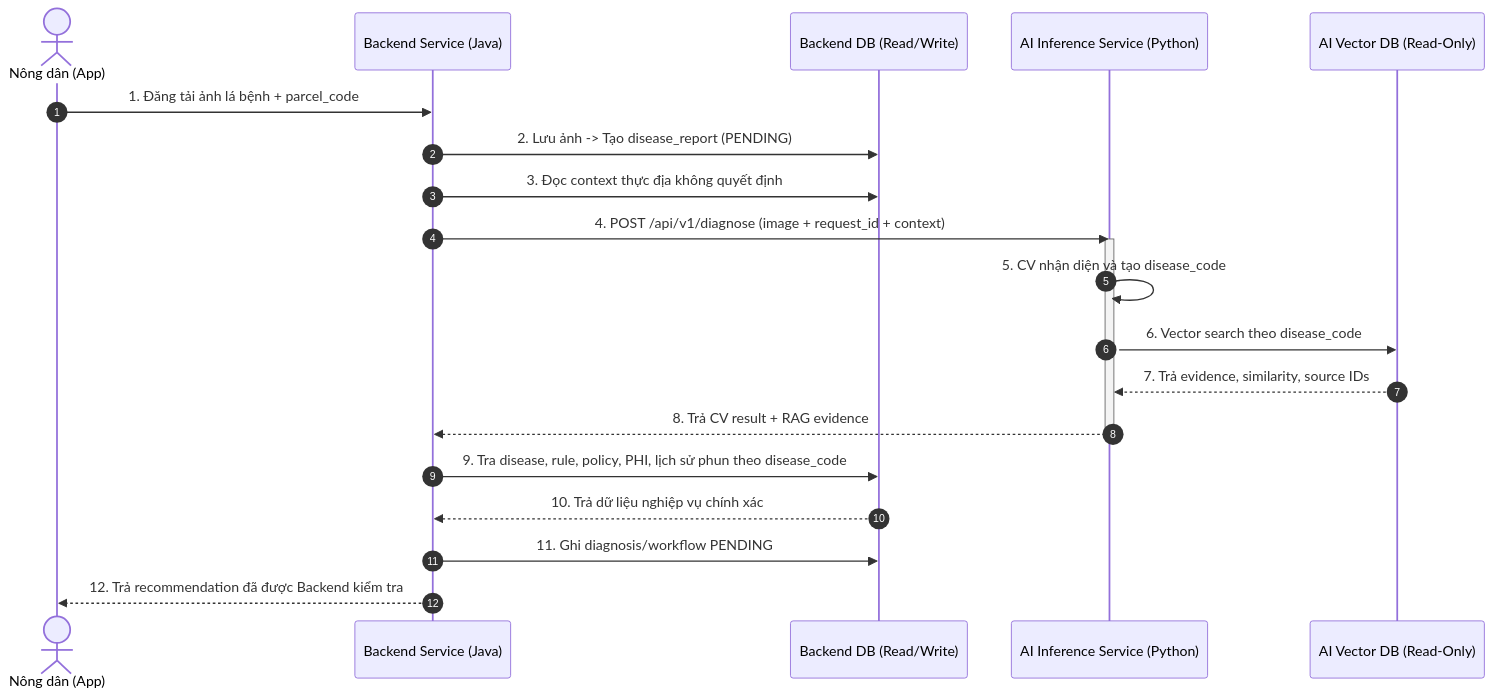
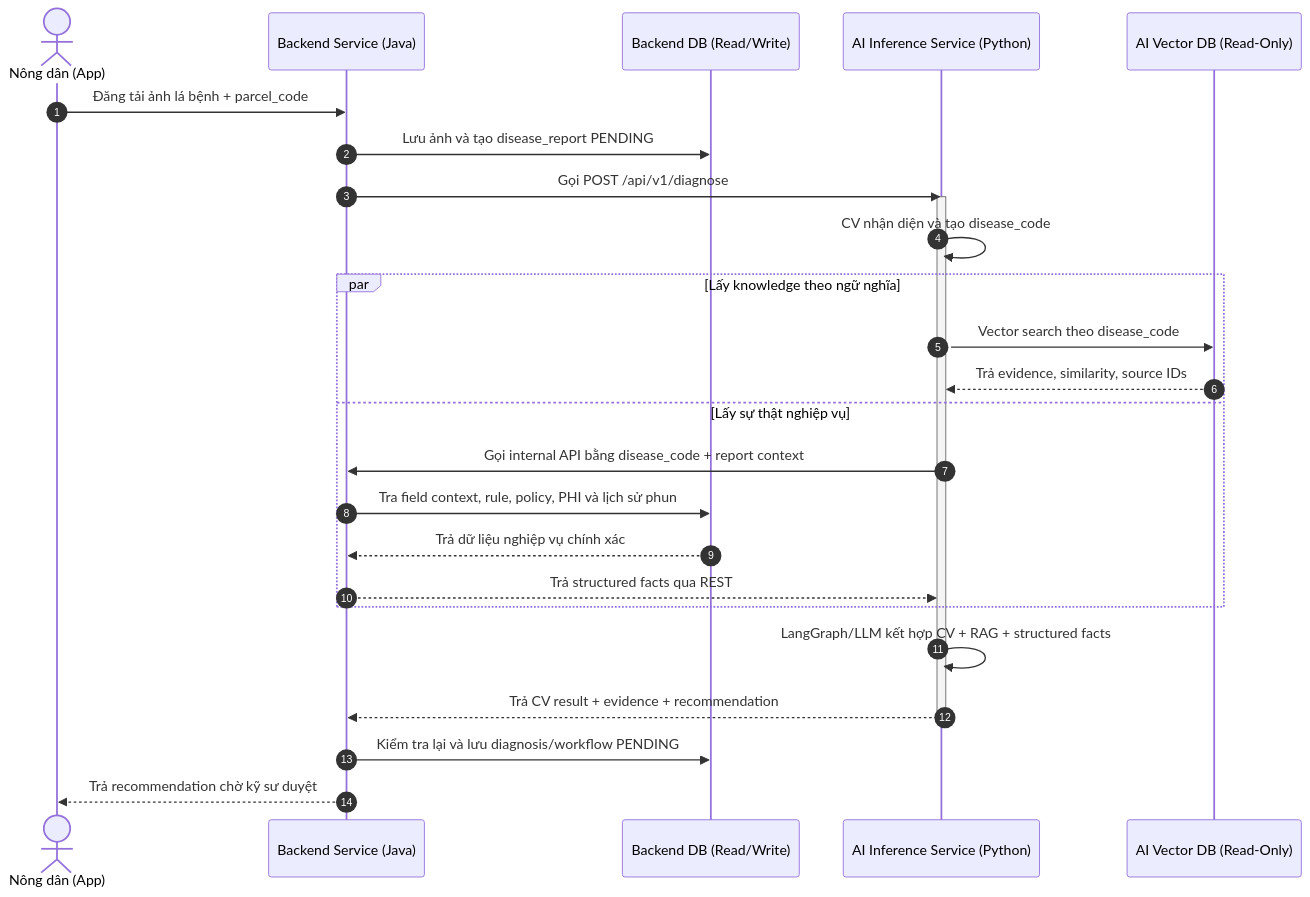
The diagram in ai_backend_decoupling_plan.md (HaUI-ImplSolution/DX-OS), drawn with Mermaid before and after one commit. The commit also changed other lines of this file, not shown here.

Commit message:
docs(ai): restore AI recommendation workflow

````diff
--- a/ai_backend_decoupling_plan.md
+++ b/ai_backend_decoupling_plan.md
@@ -108,26 +108,32 @@
 ```mermaid
 sequenceDiagram
     autonumber
     actor Farmer as Nông dân (App)
     participant BE as Backend Service (Java)
     participant BEDB as Backend DB (Read/Write)
     participant AI as AI Inference Service (Python)
     participant AIDB as AI Vector DB (Read-Only)
 
-    Farmer->>BE: 1. Đăng tải ảnh lá bệnh + parcel_code
-    BE->>BEDB: 2. Lưu ảnh -> Tạo disease_report (PENDING)
-    BE->>BEDB: 3. Đọc context thực địa không quyết định
-    BE->>AI: 4. POST /api/v1/diagnose (image + request_id + context)
+    Farmer->>BE: Đăng tải ảnh lá bệnh + parcel_code
+    BE->>BEDB: Lưu ảnh và tạo disease_report PENDING
+    BE->>AI: Gọi POST /api/v1/diagnose
 
     activate AI
-    AI->>AI: 5. CV nhận diện và tạo disease_code
-    AI->>AIDB: 6. Vector search theo disease_code
-    AIDB-->>AI: 7. Trả evidence, similarity, source IDs
-    AI-->>BE: 8. Trả CV result + RAG evidence
+    AI->>AI: CV nhận diện và tạo disease_code
+    par Lấy knowledge theo ngữ nghĩa
+        AI->>AIDB: Vector search theo disease_code
+        AIDB-->>AI: Trả evidence, similarity, source IDs
+    and Lấy sự thật nghiệp vụ
+        AI->>BE: Gọi internal API bằng disease_code + report context
+        BE->>BEDB: Tra field context, rule, policy, PHI và lịch sử phun
+        BEDB-->>BE: Trả dữ liệu nghiệp vụ chính xác
+        BE-->>AI: Trả structured facts qua REST
+    end
+
+    AI->>AI: LangGraph/LLM kết hợp CV + RAG + structured facts
+    AI-->>BE: Trả CV result + evidence + recommendation
     deactivate AI
 
-    BE->>BEDB: 9. Tra disease, rule, policy, PHI, lịch sử phun theo disease_code
-    BEDB-->>BE: 10. Trả dữ liệu nghiệp vụ chính xác
-    BE->>BEDB: 11. Ghi diagnosis/workflow PENDING
-    BE-->>Farmer: 12. Trả recommendation đã được Backend kiểm tra
+    BE->>BEDB: Kiểm tra lại và lưu diagnosis/workflow PENDING
+    BE-->>Farmer: Trả recommendation chờ kỹ sư duyệt
 ```
````
